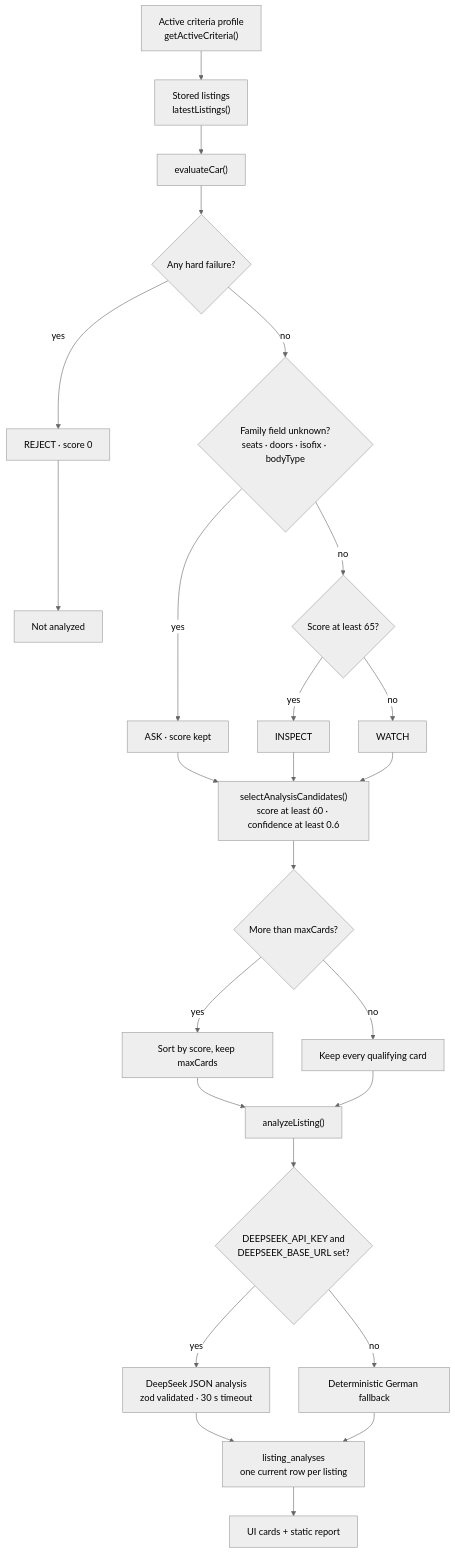
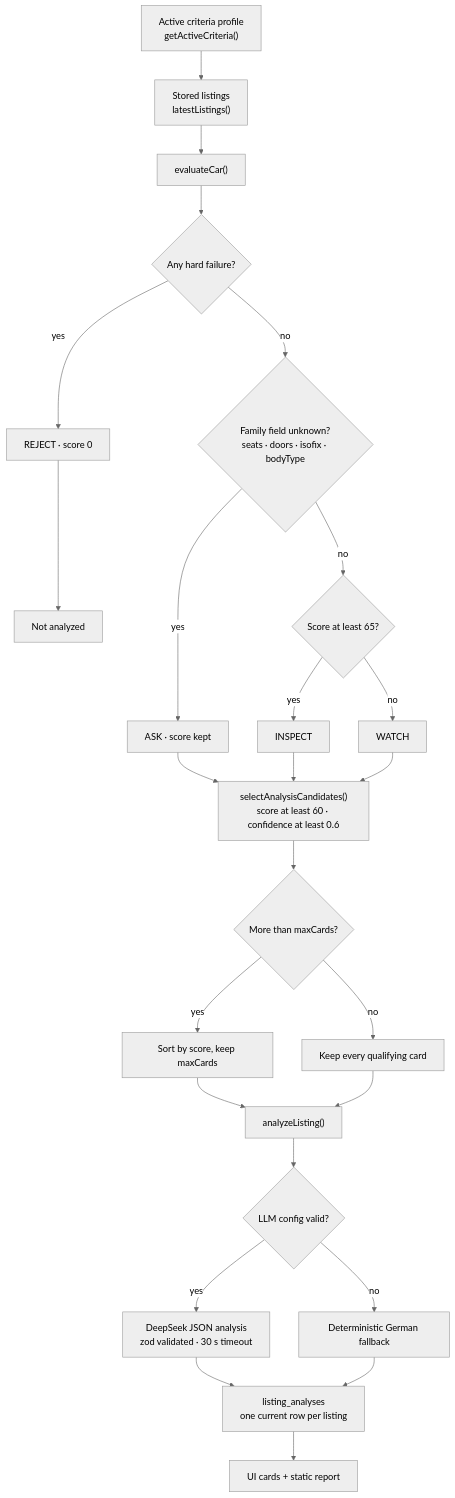
Before and after one commit to syed-maaz/buy-scout: the third of 4 diagrams in docs/ARCHITECTURE.md, drawn with Mermaid (neutral theme). The commit also changed other lines of this file and 15 other files, not shown here.

````diff
--- a/docs/ARCHITECTURE.md
+++ b/docs/ARCHITECTURE.md
@@ -360,28 +360,28 @@
 ```mermaid
 flowchart TD
   A["Active criteria profile<br/>getActiveCriteria()"] --> B["Stored listings<br/>latestListings()"]
   B --> C["evaluateCar()"]
   C --> D{"Any hard failure?"}
   D -- yes --> R["REJECT · score 0"]
   D -- no --> E{"Family field unknown?<br/>seats · doors · isofix · bodyType"}
   E -- yes --> ASK["ASK · score kept"]
   E -- no --> F{"Score at least 65?"}
   F -- yes --> INS["INSPECT"]
   F -- no --> W["WATCH"]
   R --> X["Not analyzed"]
   ASK --> S["selectAnalysisCandidates()<br/>score at least 60 · confidence at least 0.6"]
 
   INS --> S
   W --> S
   S --> CAP{"More than maxCards?"}
   CAP -- yes --> CUT["Sort by score, keep maxCards"]
   CAP -- no --> KEEP["Keep every qualifying card"]
   CUT --> AN["analyzeListing()"]
   KEEP --> AN
-  AN --> DS{"DEEPSEEK_API_KEY and<br/>DEEPSEEK_BASE_URL set?"}
+  AN --> DS{"LLM config valid?"}
   DS -- yes --> LLM["DeepSeek JSON analysis<br/>zod validated · 30 s timeout"]
   DS -- no --> FB["Deterministic German fallback"]
   LLM --> OUT["listing_analyses<br/>one current row per listing"]
   FB --> OUT
   OUT --> UI["UI cards + static report"]
 ```
````
